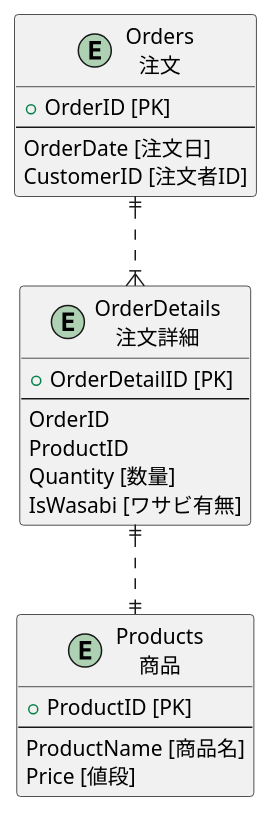
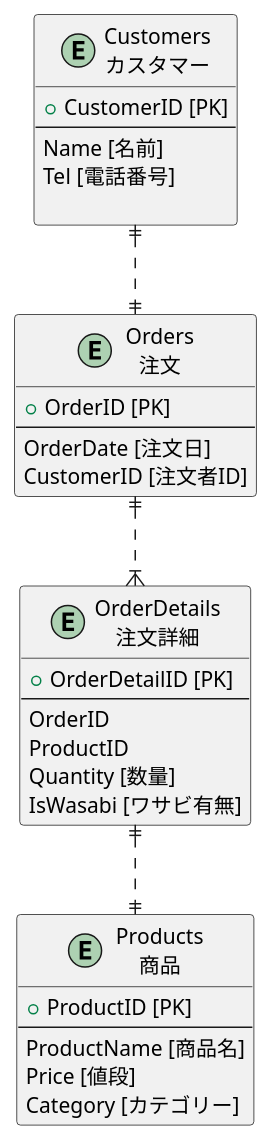
The diagram in 1_DB/1_DB_Modeling/Task1/tables.pu (baron7151/praha-challenge), drawn with PlantUML before and after one commit. The commit also changed 5 other files, not shown here.

```diff
--- a/1_DB/1_DB_Modeling/Task1/tables.pu
+++ b/1_DB/1_DB_Modeling/Task1/tables.pu
@@ -1,28 +1,38 @@
 @startuml tables
 entity products as "Products\n商品" {
   + ProductID [PK]
   --
   ProductName [商品名]
   Price [値段]
+  Category [カテゴリー]
 }
 
 entity orderdetails as "OrderDetails\n注文詳細" {
   + OrderDetailID [PK]
   --
   OrderID 
   ProductID 
   Quantity [数量]
   IsWasabi [ワサビ有無]
 }
 
 entity orders as "Orders\n注文" {
   + OrderID [PK]
   --
   OrderDate [注文日]
   CustomerID [注文者ID]
 }
 
+entity customers as "Customers\nカスタマー"{
+  + CustomerID [PK]
+  --
+  Name [名前]
+  Tel [電話番号]
+
+}
+
 orders ||..|{ orderdetails
 orderdetails ||..|| products
+customers ||..|| orders
 
 @enduml
```
